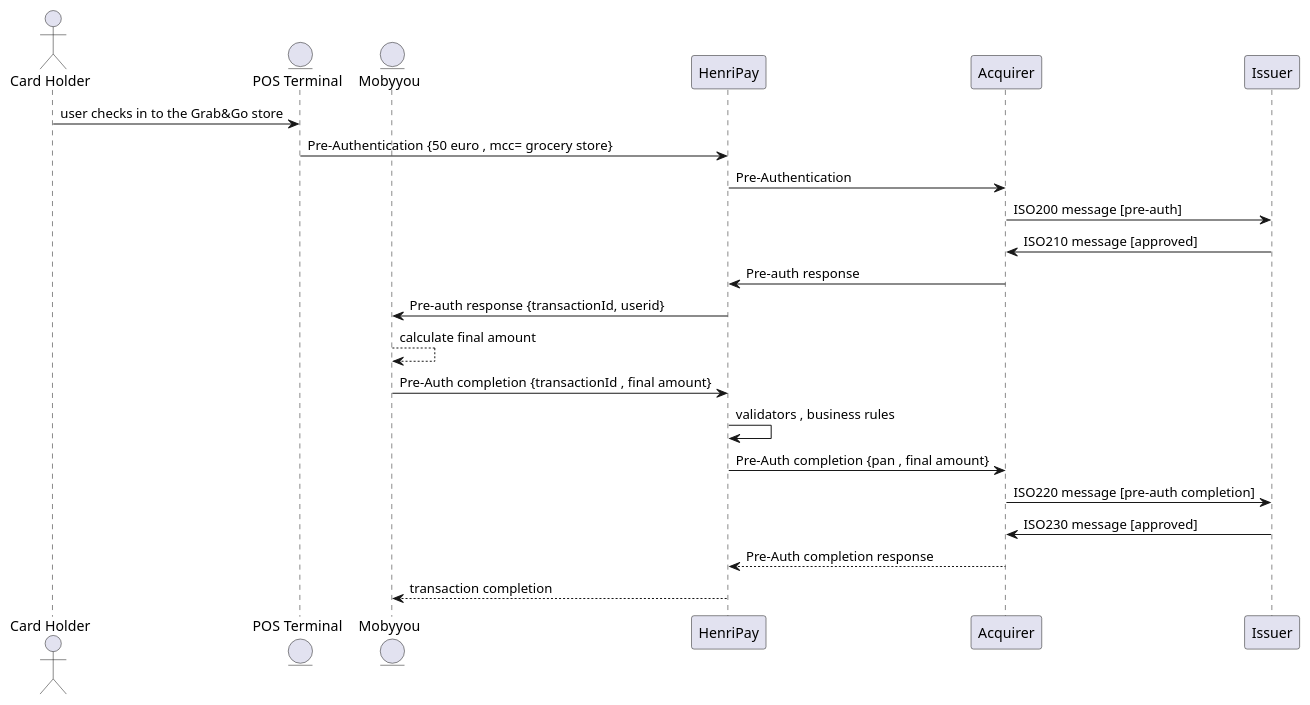
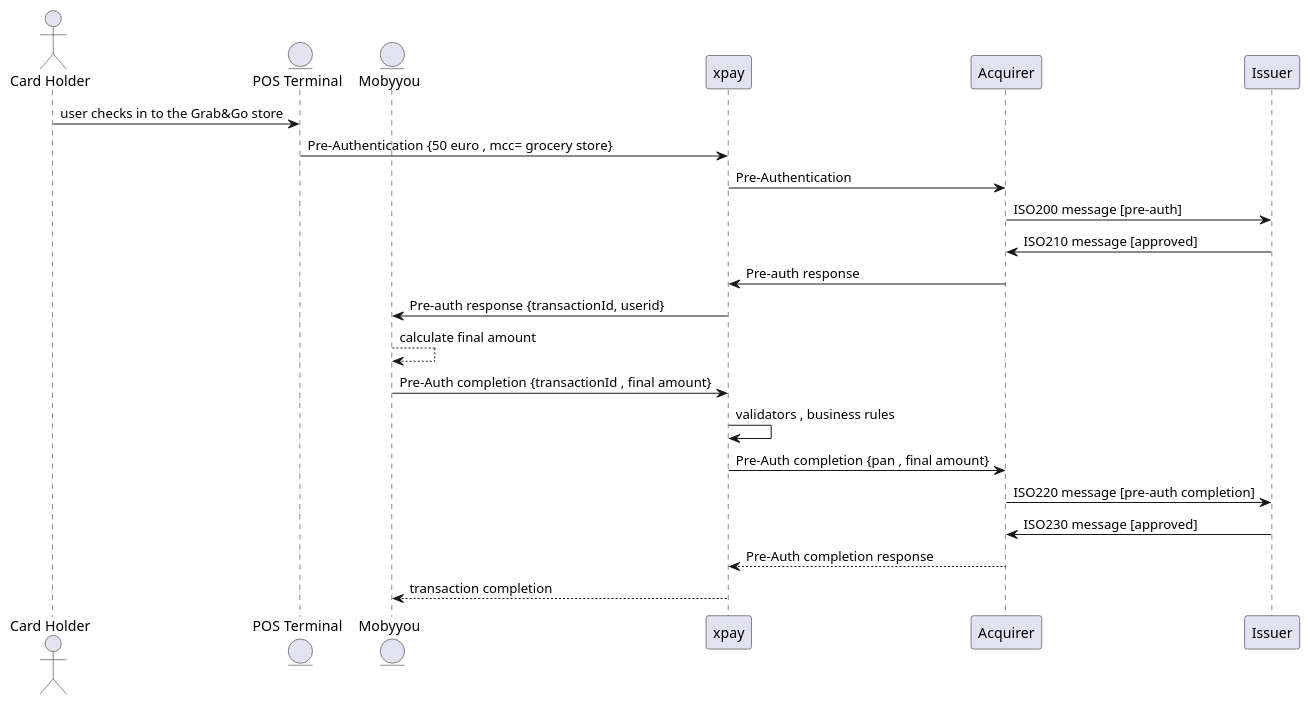
One commit to saidkhalfaoui/xpay changed the diagram in src/main/resources/sequences/arena/creditCard-inperson.puml. Above: the diagram before and after it, drawn with PlantUML. The commit also changed 554 other files, not shown here.

```diff
--- a/src/main/resources/sequences/arena/creditCard-inperson.puml
+++ b/src/main/resources/sequences/arena/creditCard-inperson.puml
@@ -1,26 +1,26 @@
 @startuml
 'https://plantuml.com/sequence-diagram
 actor "Card Holder" as holder
 entity "POS Terminal" as POS
 
 entity "Mobyyou" as mobyyou
-participant "HenriPay" as HenriPay
+participant "xpay" as xpay
 participant "Acquirer" as Acq
 participant "Issuer" as issuer
 holder->POS: user checks in to the Grab&Go store
-POS-> HenriPay: Pre-Authentication {50 euro , mcc= grocery store}
-HenriPay ->Acq:  Pre-Authentication
+POS-> xpay: Pre-Authentication {50 euro , mcc= grocery store}
+xpay ->Acq:  Pre-Authentication
 Acq -> issuer : ISO200 message [pre-auth]
 issuer -> Acq : ISO210 message [approved]
-Acq -> HenriPay: Pre-auth response
-HenriPay-> mobyyou : Pre-auth response {transactionId, userid}
+Acq -> xpay: Pre-auth response
+xpay-> mobyyou : Pre-auth response {transactionId, userid}
 mobyyou--> mobyyou: calculate final amount
-mobyyou->HenriPay: Pre-Auth completion {transactionId , final amount}
-HenriPay->HenriPay: validators , business rules
-HenriPay-> Acq:  Pre-Auth completion {pan , final amount}
+mobyyou->xpay: Pre-Auth completion {transactionId , final amount}
+xpay->xpay: validators , business rules
+xpay-> Acq:  Pre-Auth completion {pan , final amount}
 Acq -> issuer: ISO220 message [pre-auth completion]
 issuer-> Acq: ISO230 message [approved]
-Acq --> HenriPay : Pre-Auth completion response
-HenriPay-->mobyyou: transaction completion
+Acq --> xpay : Pre-Auth completion response
+xpay-->mobyyou: transaction completion
 
 @enduml
```
